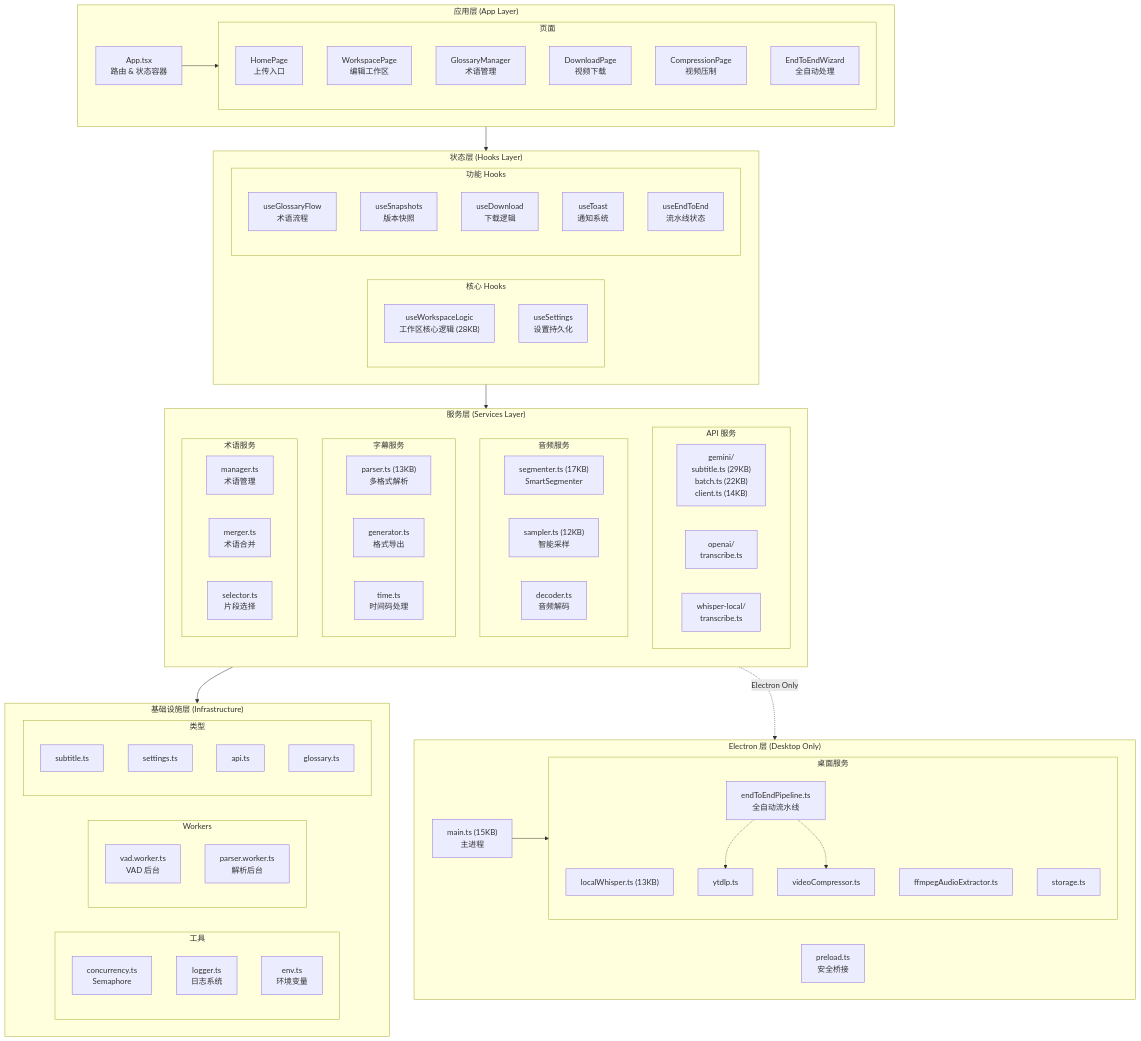
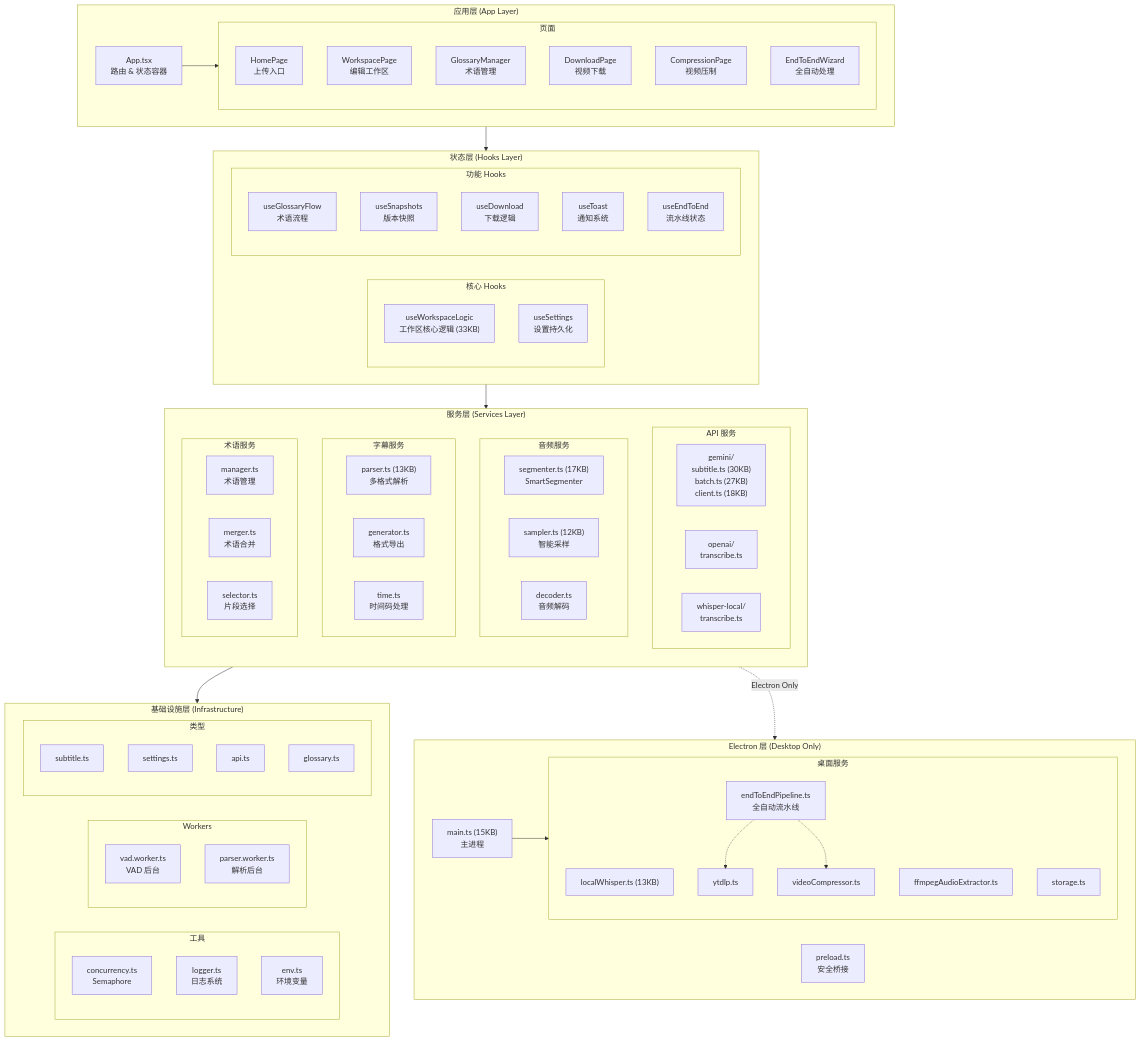
One commit to corvo007/MioSub changed the second of 14 diagrams in docs/ARCHITECTURE.md. Above: the diagram before and after it, drawn with Mermaid. The commit also changed other lines of this file and 3 other files, not shown here.

First line of the commit message:
docs: update ARCHITECTURE.md and misc improvements

```diff
--- a/docs/ARCHITECTURE.md
+++ b/docs/ARCHITECTURE.md
@@ -145,7 +145,7 @@
         direction LR
 
         subgraph CORE_HOOKS["核心 Hooks"]
-            USE_WORKSPACE["useWorkspaceLogic<br/>工作区核心逻辑 (28KB)"]
+            USE_WORKSPACE["useWorkspaceLogic<br/>工作区核心逻辑 (33KB)"]
             USE_SETTINGS["useSettings<br/>设置持久化"]
         end
 
@@ -163,7 +163,7 @@
 
         subgraph API_SVC["API 服务"]
             direction LR
-            GEMINI_SVC["gemini/<br/>subtitle.ts (29KB)<br/>batch.ts (22KB)<br/>client.ts (14KB)"]
+            GEMINI_SVC["gemini/<br/>subtitle.ts (30KB)<br/>batch.ts (27KB)<br/>client.ts (18KB)"]
             OPENAI_SVC2["openai/<br/>transcribe.ts"]
             WHISPER_SVC["whisper-local/<br/>transcribe.ts"]
         end
```
